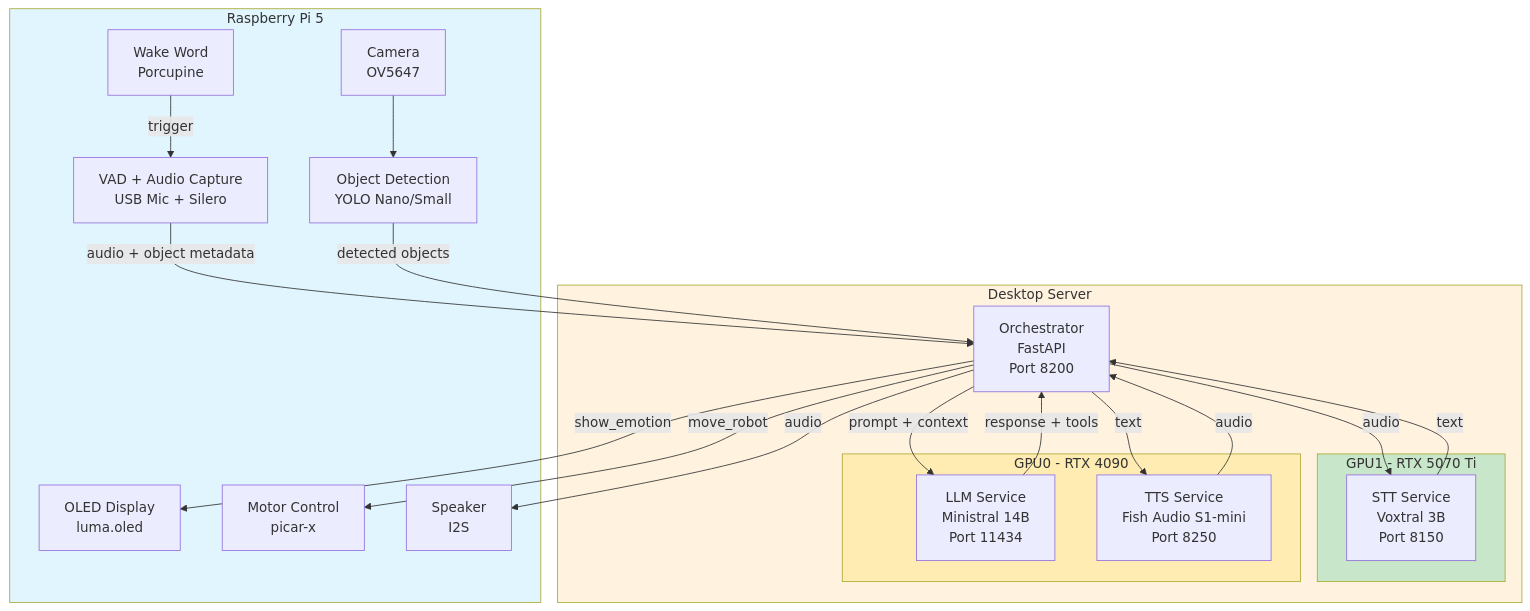
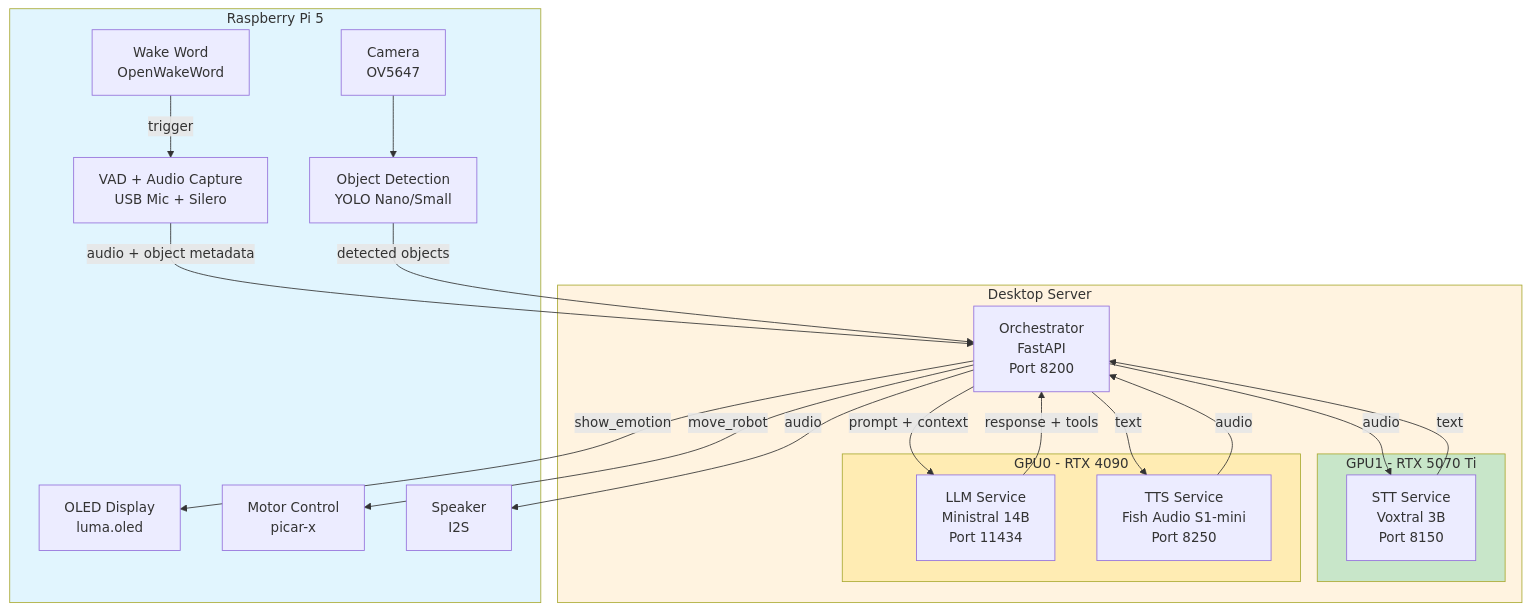
One commit to nerdpudding/nerdcarx changed the third of 6 diagrams in ARCHITECTURE.md. Above: the diagram before and after it, drawn with Mermaid. The commit also changed other lines of this file and 5 other files, not shown here.

````diff
--- a/ARCHITECTURE.md
+++ b/ARCHITECTURE.md
@@ -269,44 +269,44 @@
 ```mermaid
 flowchart TB
     subgraph pi["Raspberry Pi 5"]
-        wake[Wake Word<br/>Porcupine]
+        wake[Wake Word<br/>OpenWakeWord]
         vad_pi[VAD + Audio Capture<br/>USB Mic + Silero]
         yolo[Object Detection<br/>YOLO Nano/Small]
         cam[Camera<br/>OV5647]
         oled[OLED Display<br/>luma.oled]
         motors[Motor Control<br/>picar-x]
         speaker[Speaker<br/>I2S]
     end
 
     subgraph desktop["Desktop Server"]
         subgraph gpu1["GPU1 - RTX 5070 Ti"]
             stt[STT Service<br/>Voxtral 3B<br/>Port 8150]
         end
 
         subgraph gpu0["GPU0 - RTX 4090"]
             llm[LLM Service<br/>Ministral 14B<br/>Port 11434]
             tts[TTS Service<br/>Fish Audio S1-mini<br/>Port 8250]
         end
 
         orch[Orchestrator<br/>FastAPI<br/>Port 8200]
     end
 
     wake -->|"trigger"| vad_pi
     cam --> yolo
     vad_pi -->|"audio + object metadata"| orch
     yolo -->|"detected objects"| orch
     orch -->|"audio"| stt
     stt -->|"text"| orch
     orch -->|"prompt + context"| llm
     llm -->|"response + tools"| orch
     orch -->|"text"| tts
     tts -->|"audio"| orch
     orch -->|"audio"| speaker
     orch -->|"show_emotion"| oled
     orch -->|"move_robot"| motors
 
     style pi fill:#e1f5fe
     style desktop fill:#fff3e0
     style gpu0 fill:#ffecb3
     style gpu1 fill:#c8e6c9
 ```
````
